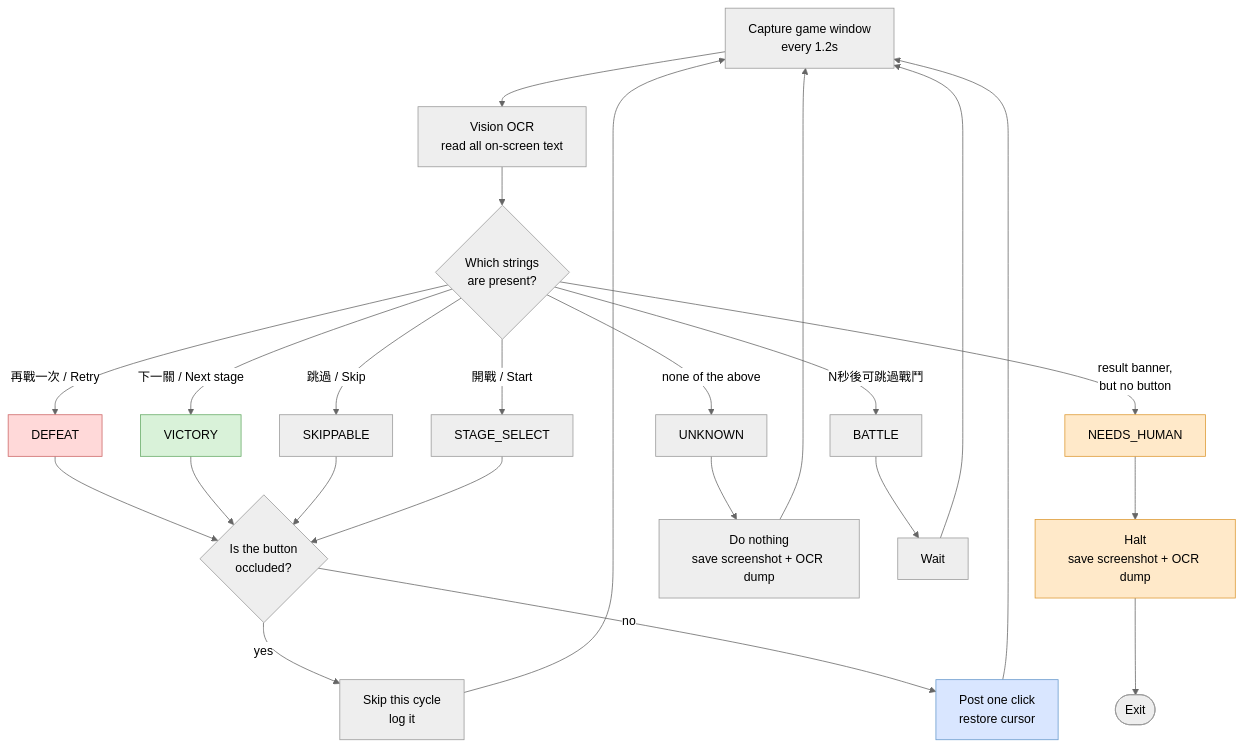
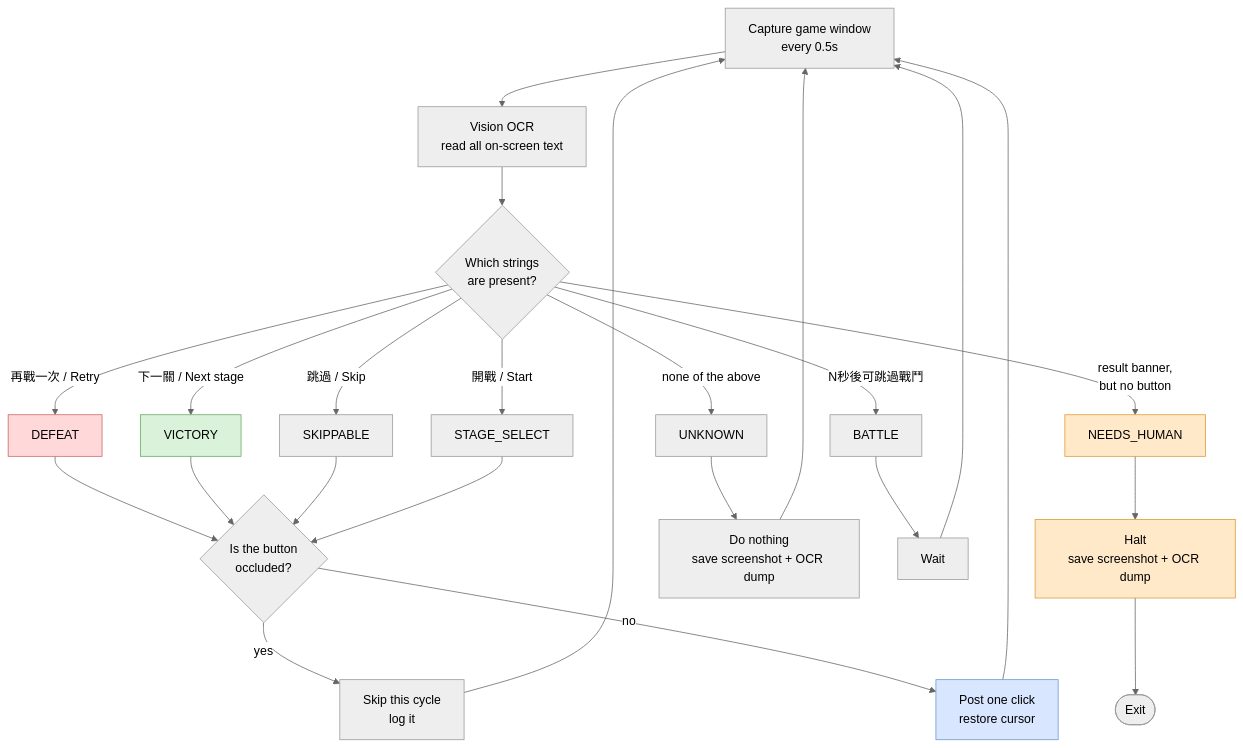
Before and after one commit to livejiaquan/wild-water-world-autoplay: the diagram in README.md, drawn with Mermaid (neutral theme). The commit also changed other lines of this file and 3 other files, not shown here.

````diff
--- a/README.md
+++ b/README.md
@@ -92,34 +113,34 @@
 ```mermaid
 flowchart TD
-    A[Capture game window<br/>every 1.2s] --> B[Vision OCR<br/>read all on-screen text]
+    A[Capture game window<br/>every 0.5s] --> B[Vision OCR<br/>read all on-screen text]
     B --> C{Which strings<br/>are present?}
 
     C -->|再戰一次 / Retry| D[DEFEAT]
     C -->|下一關 / Next stage| E[VICTORY]
     C -->|result banner,<br/>but no button| F[NEEDS_HUMAN]
     C -->|跳過 / Skip| G[SKIPPABLE]
     C -->|N秒後可跳過戰鬥| H[BATTLE]
     C -->|開戰 / Start| I[STAGE_SELECT]
     C -->|none of the above| J[UNKNOWN]
 
     D & E & G & I --> K{Is the button<br/>occluded?}
     K -->|yes| L[Skip this cycle<br/>log it]
     K -->|no| M[Post one click<br/>restore cursor]
 
     F --> N[Halt<br/>save screenshot + OCR dump]
     J --> O[Do nothing<br/>save screenshot + OCR dump]
     H --> P[Wait]
 
     M --> A
     L --> A
     O --> A
     P --> A
     N --> Q([Exit])
 
     style D fill:#ffd9d9,stroke:#c66
     style E fill:#d9f2d9,stroke:#6a6
     style F fill:#ffe9c9,stroke:#d93
     style J fill:#eee,stroke:#999
     style N fill:#ffe9c9,stroke:#d93
     style M fill:#d9e6ff,stroke:#69c
 ```
````
